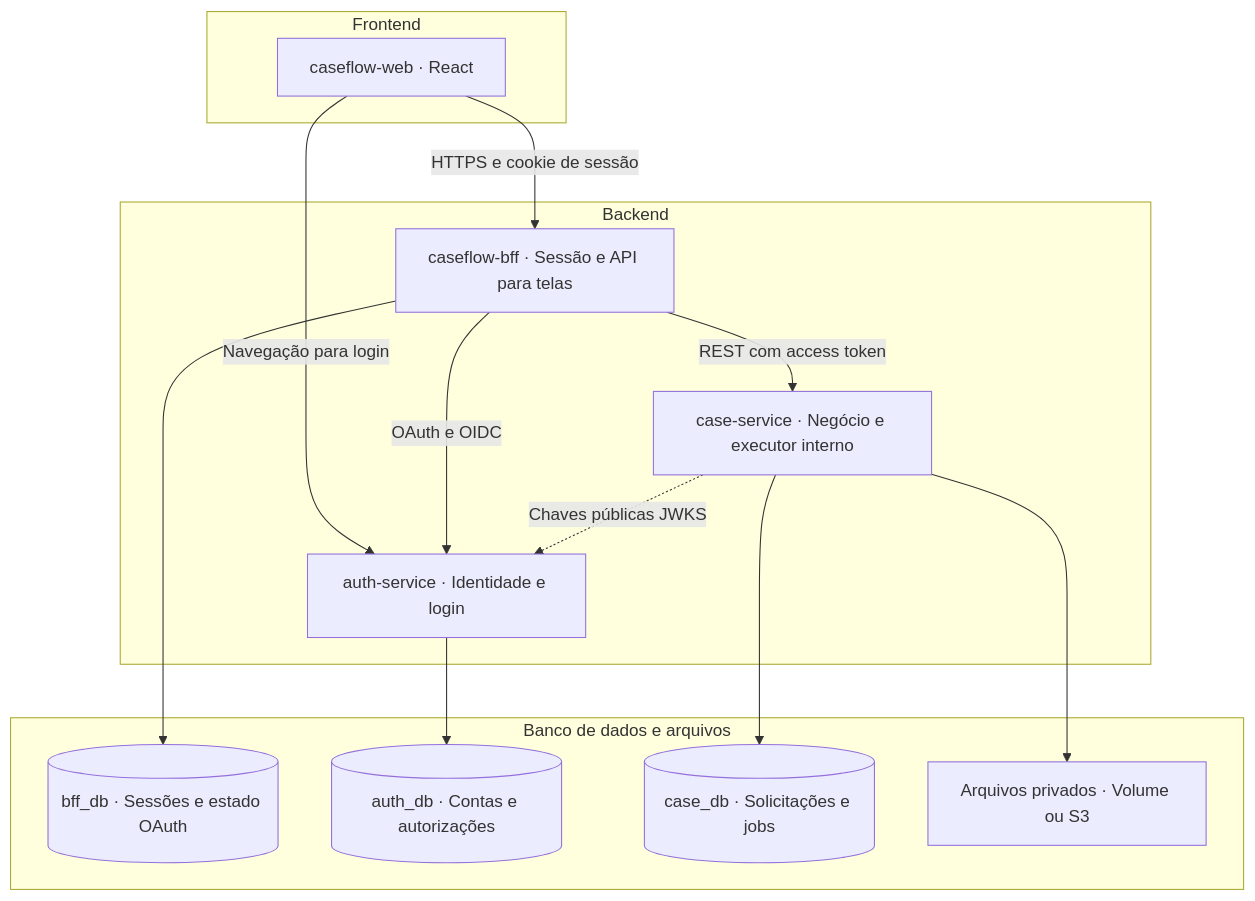
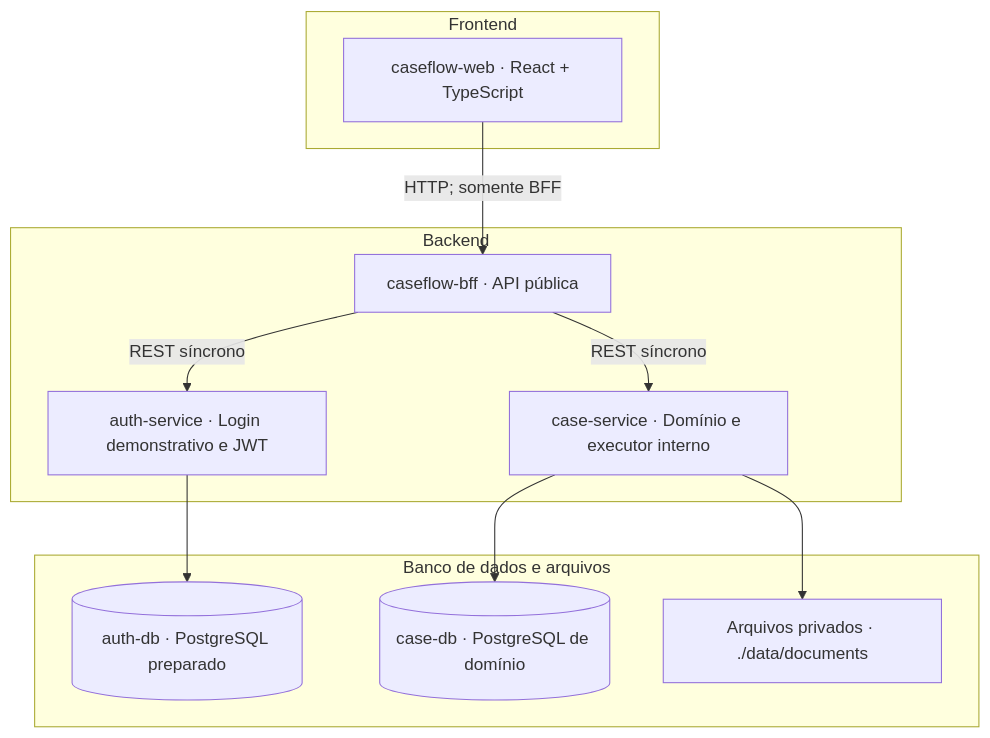
One commit to mari-paz-ft/caseflow changed the first of 4 diagrams in docs/CaseFlow-Arquitetura-Pratica.md. Above: the diagram before and after it, drawn with Mermaid. The commit also changed other lines of this file and 178 other files, not shown here.

First line of the commit message:
feat: evoluir CaseFlow para arquitetura de quatro aplicações

````diff
--- a/docs/CaseFlow-Arquitetura-Pratica.md
+++ b/docs/CaseFlow-Arquitetura-Pratica.md
@@ -60,26 +61,22 @@
 ```mermaid
 flowchart TD
     subgraph Frontend
-        WEB["caseflow-web · React"]
+        WEB["caseflow-web · React + TypeScript"]
     end
     subgraph Backend
-        BFF["caseflow-bff · Sessão e API para telas"]
-        AUTH["auth-service · Identidade e login"]
-        CORE["case-service · Negócio e executor interno"]
+        BFF["caseflow-bff · API pública"]
+        AUTH["auth-service · Login demonstrativo e JWT"]
+        CORE["case-service · Domínio e executor interno"]
     end
     subgraph Persistencia["Banco de dados e arquivos"]
-        BDB[("bff_db · Sessões e estado OAuth")]
-        ADB[("auth_db · Contas e autorizações")]
-        CDB[("case_db · Solicitações e jobs")]
-        FILES["Arquivos privados · Volume ou S3"]
+        ADB[("auth-db · PostgreSQL preparado")]
+        CDB[("case-db · PostgreSQL de domínio")]
+        FILES["Arquivos privados · ./data/documents"]
     end
-    WEB -->|"HTTPS e cookie de sessão"| BFF
-    WEB -->|"Navegação para login"| AUTH
-    BFF -->|"OAuth e OIDC"| AUTH
-    BFF -->|"REST com access token"| CORE
-    CORE -.->|"Chaves públicas JWKS"| AUTH
-    BFF --> BDB
+    WEB -->|"HTTP; somente BFF"| BFF
+    BFF -->|"REST síncrono"| AUTH
+    BFF -->|"REST síncrono"| CORE
     AUTH --> ADB
     CORE --> CDB
     CORE --> FILES
 ```
````
